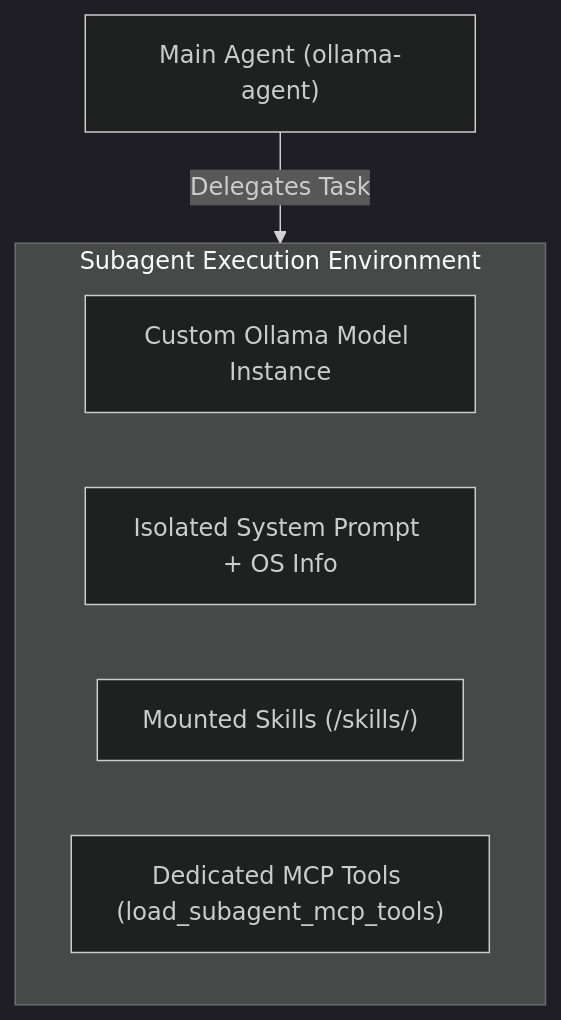
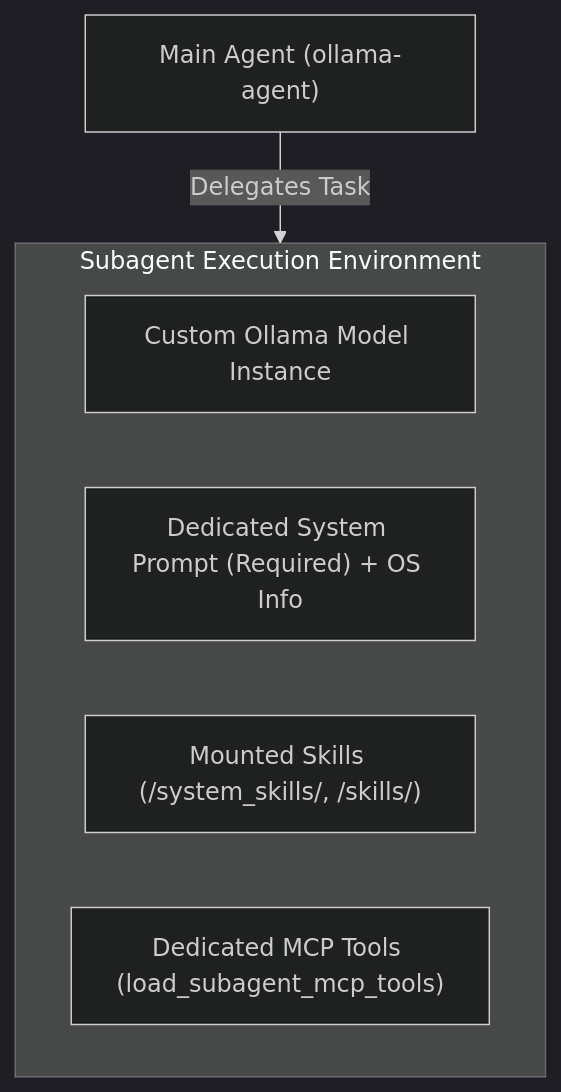
The second of 2 diagrams in docs/mcp_subagents.md (arrase/ollama-agent), drawn with Mermaid (dark theme) before and after one commit. The commit also changed other lines of this file and 8 other files, not shown here.

````diff
--- a/docs/mcp_subagents.md
+++ b/docs/mcp_subagents.md
@@ -117,11 +124,11 @@
 ```mermaid
 flowchart TD
     MainAgent["Main Agent (ollama-agent)"] -->|Delegates Task| SubagentGraph["Subagent Graph"]
     
     subgraph SubagentGraph ["Subagent Execution Environment"]
         SubModel["Custom Ollama Model Instance"]
-        SubPrompt["Isolated System Prompt + OS Info"]
-        SubSkills["Mounted Skills (/skills/)"]
+        SubPrompt["Dedicated System Prompt (Required) + OS Info"]
+        SubSkills["Mounted Skills (/system_skills/, /skills/)"]
         SubMCP["Dedicated MCP Tools (load_subagent_mcp_tools)"]
     end
 ```
````
